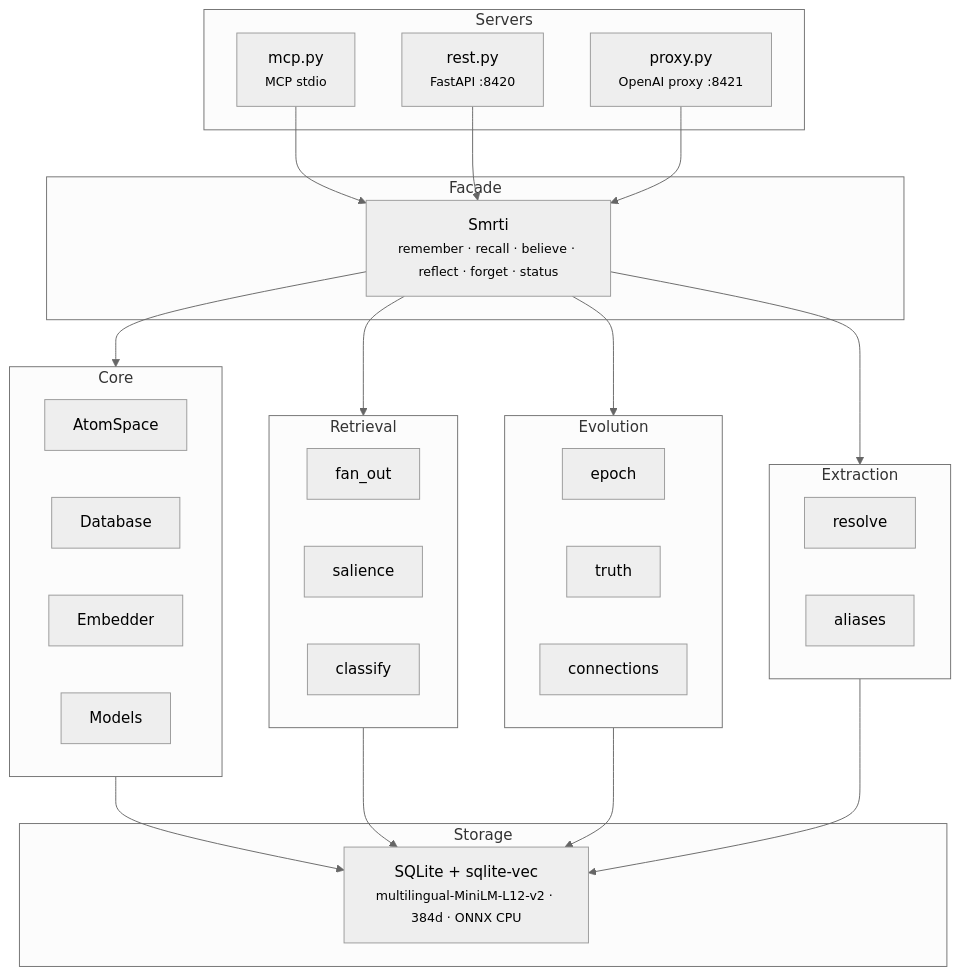
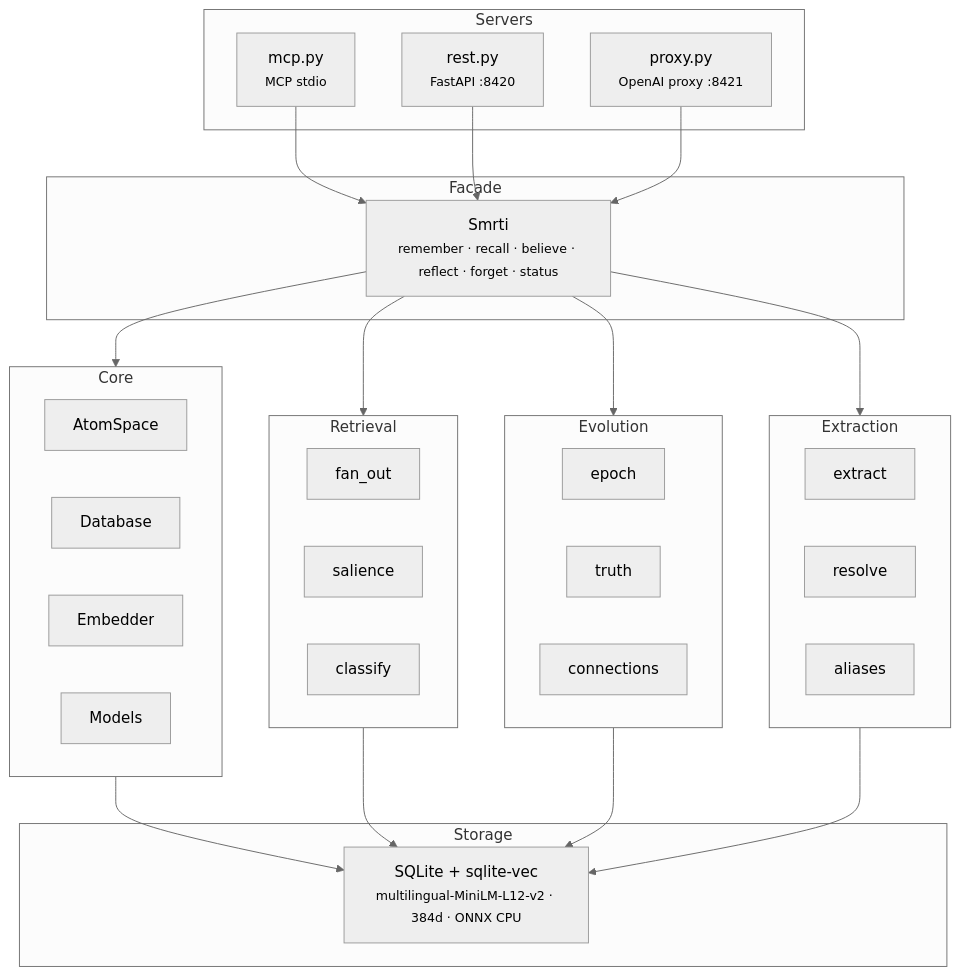
Before and after one commit to cyqlelabs/smrti: the diagram in README.md, drawn with Mermaid (neutral theme). The commit also changed other lines of this file and 11 other files, not shown here.

````diff
--- a/README.md
+++ b/README.md
@@ -247,44 +253,45 @@
 ```mermaid
 graph TD
     subgraph Facade
         S["Smrti<br/><small>remember · recall · believe · reflect · forget · status</small>"]
     end
 
     subgraph Servers
         MCP["mcp.py<br/><small>MCP stdio</small>"]
         REST["rest.py<br/><small>FastAPI :8420</small>"]
         PROXY["proxy.py<br/><small>OpenAI proxy :8421</small>"]
     end
 
     subgraph Core
         AS["AtomSpace"]
         DB["Database"]
         EMB["Embedder"]
         MOD["Models"]
     end
 
     subgraph Retrieval
         FAN["fan_out"]
         SAL["salience"]
         CLS["classify"]
     end
 
     subgraph Evolution
         EPO["epoch"]
         TRU["truth"]
         CON["connections"]
     end
 
     subgraph Extraction
+        EXT["extract"]
         RES["resolve"]
         ALI["aliases"]
     end
 
     subgraph Storage
         SQL["SQLite + sqlite-vec<br/><small>multilingual-MiniLM-L12-v2 · 384d · ONNX CPU</small>"]
     end
 
     MCP & REST & PROXY --> S
     S --> Core & Retrieval & Evolution & Extraction
     Core & Retrieval & Evolution & Extraction --> SQL
 ```
````
